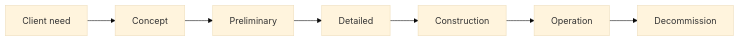
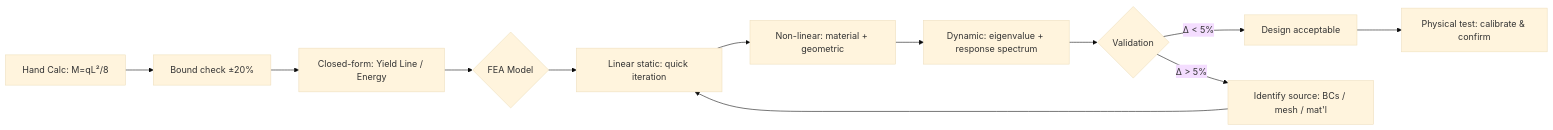
Before and after one commit to yip-lgtm/civil-bootcamp: the ninth of 10 diagrams in MIT_CEE_MEng_SMD/01_1.562_1.563_Structural_Design_Project.md, drawn with Mermaid (base theme). The commit also changed other lines of this file and 21 other files, not shown here.

````diff
--- a/MIT_CEE_MEng_SMD/01_1.562_1.563_Structural_Design_Project.md
+++ b/MIT_CEE_MEng_SMD/01_1.562_1.563_Structural_Design_Project.md
@@ -540,9 +519,14 @@
 ```mermaid
-graph LR
-    A[Client need] --> B[Concept]
-    B --> C[Preliminary]
-    C --> D[Detailed]
-    D --> E[Construction]
-    E --> F[Operation]
-    F --> G[Decommission]
+flowchart LR
+    A[Hand Calc: M=qL²/8] --> B[Bound check ±20%]
+    B --> C[Closed-form: Yield Line / Energy]
+    C --> D{FEA Model}
+    D --> D1[Linear static: quick iteration]
+    D1 --> D2[Non-linear: material + geometric]
+    D2 --> D3[Dynamic: eigenvalue + response spectrum]
+    D3 --> E{Validation}
+    E -->|Δ < 5%| F[Design acceptable]
+    E -->|Δ > 5%| G[Identify source: BCs / mesh / mat'l]
+    G --> D1
+    F --> H[Physical test: calibrate & confirm]
 ```
````
